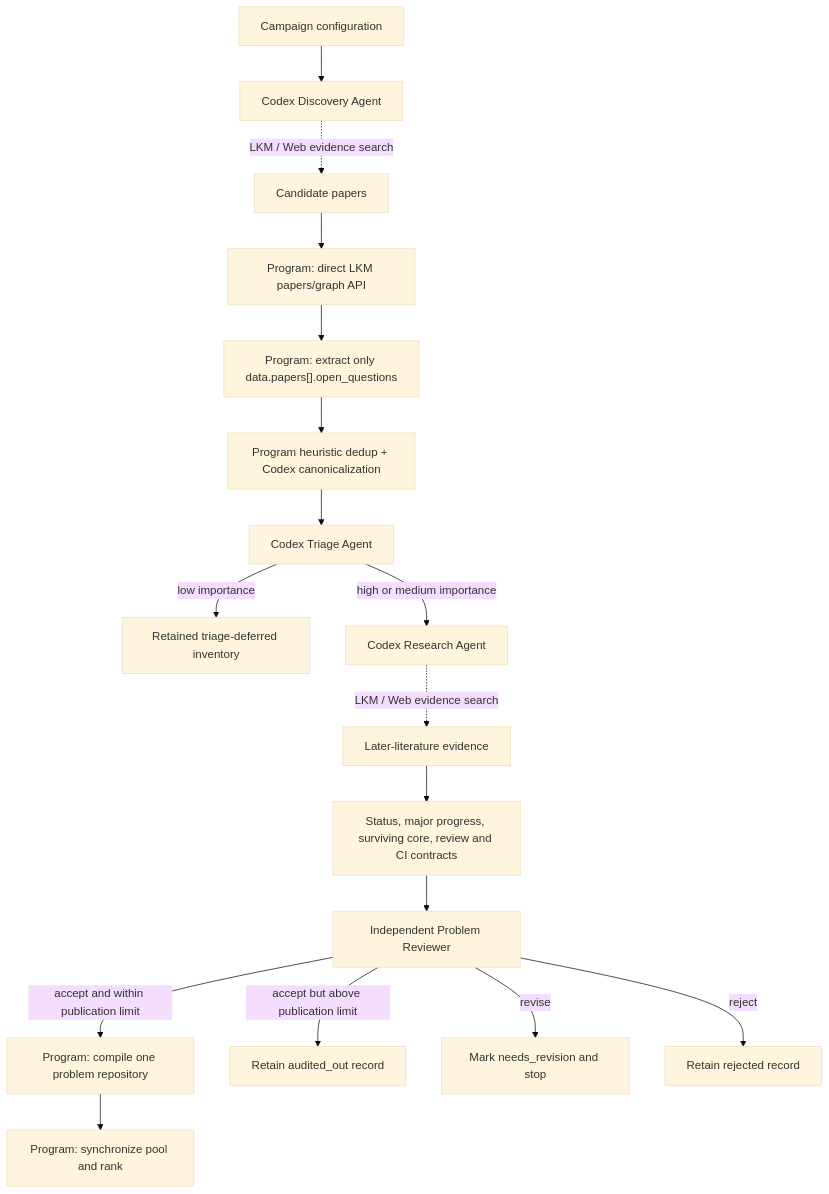
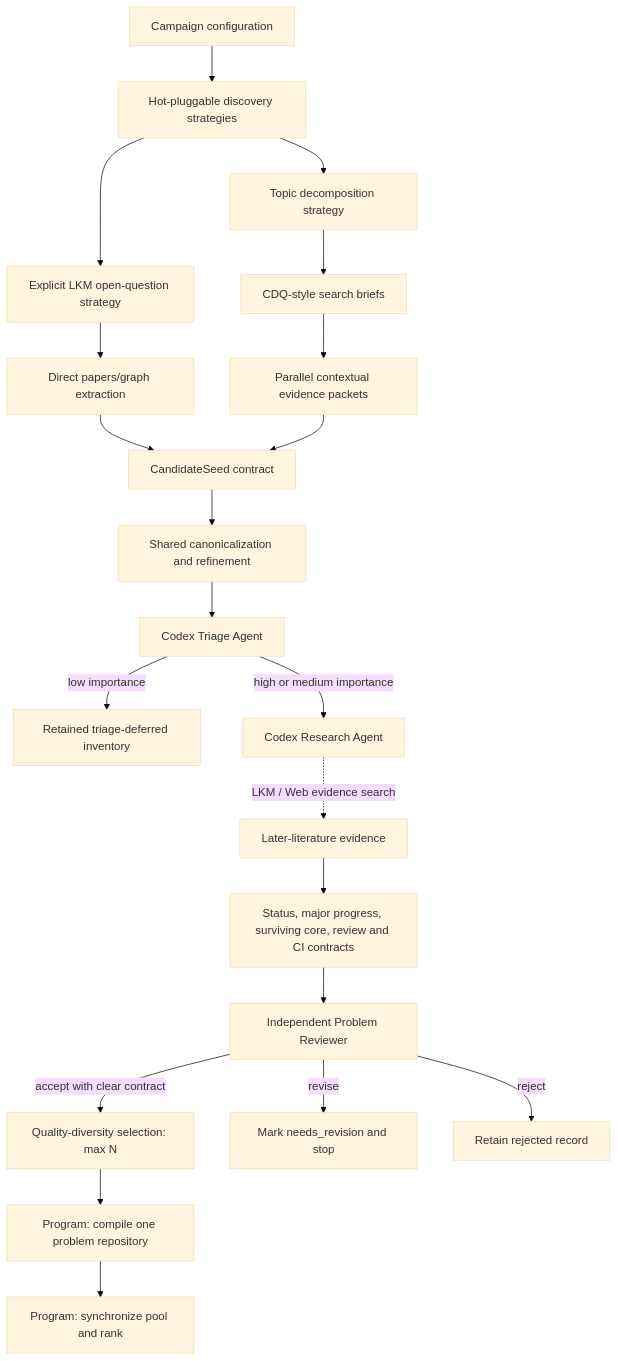
The diagram in README.md (kunyuan/open-research-discovery), drawn with Mermaid (base theme) before and after one commit. The commit also changed other lines of this file and 37 other files, not shown here.

Commit message:
Refactor discovery around problem contracts

````diff
--- a/README.md
+++ b/README.md
@@ -209,19 +214,23 @@
 ```mermaid
 flowchart TD
-    C["Campaign configuration"] --> D["Codex Discovery Agent"]
-    D -. "LKM / Web evidence search" .-> S["Candidate papers"]
-    S --> A["Program: direct LKM papers/graph API"]
-    A --> O["Program: extract only data.papers[].open_questions"]
-    O --> H["Program heuristic dedup + Codex canonicalization"]
+    C["Campaign configuration"] --> DS["Hot-pluggable discovery strategies"]
+    DS --> D["Explicit LKM open-question strategy"]
+    D --> A["Direct papers/graph extraction"]
+    DS --> TD["Topic decomposition strategy"]
+    TD --> B["CDQ-style search briefs"]
+    B --> EP["Parallel contextual evidence packets"]
+    A --> CS["CandidateSeed contract"]
+    EP --> CS
+    CS --> H["Shared canonicalization and refinement"]
     H --> T["Codex Triage Agent"]
     T -->|"low importance"| L["Retained triage-deferred inventory"]
     T -->|"high or medium importance"| R["Codex Research Agent"]
     R -. "LKM / Web evidence search" .-> E["Later-literature evidence"]
     E --> J["Status, major progress, surviving core, review and CI contracts"]
     J --> V["Independent Problem Reviewer"]
-    V -->|"accept and within publication limit"| G["Program: compile one problem repository"]
-    V -->|"accept but above publication limit"| A2["Retain audited_out record"]
+    V -->|"accept with clear contract"| QD["Quality-diversity selection: max N"]
     V -->|"revise"| N["Mark needs_revision and stop"]
     V -->|"reject"| X["Retain rejected record"]
+    QD --> G["Program: compile one problem repository"]
     G --> P["Program: synchronize pool and rank"]
 ```
````
